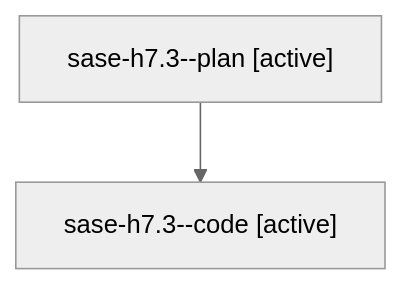
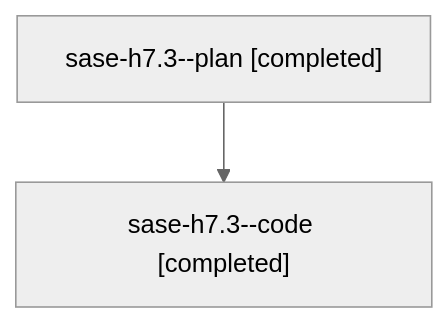
The diagram in families/bbugyi200.athena.sase-h7.3.md (sase-org/sase--agents), drawn with Mermaid (neutral theme) before and after one commit. The commit also changed other lines of this file and 32 other files, not shown here.

````diff
--- a/families/bbugyi200.athena.sase-h7.3.md
+++ b/families/bbugyi200.athena.sase-h7.3.md
@@ -9,6 +9,6 @@
 ```mermaid
 flowchart TD
-  n0["sase-h7.3--plan [active]"]
-  n1["sase-h7.3--code [active]"]
+  n0["sase-h7.3--plan [completed]"]
+  n1["sase-h7.3--code [completed]"]
   n0 --> n1
 ```
````
